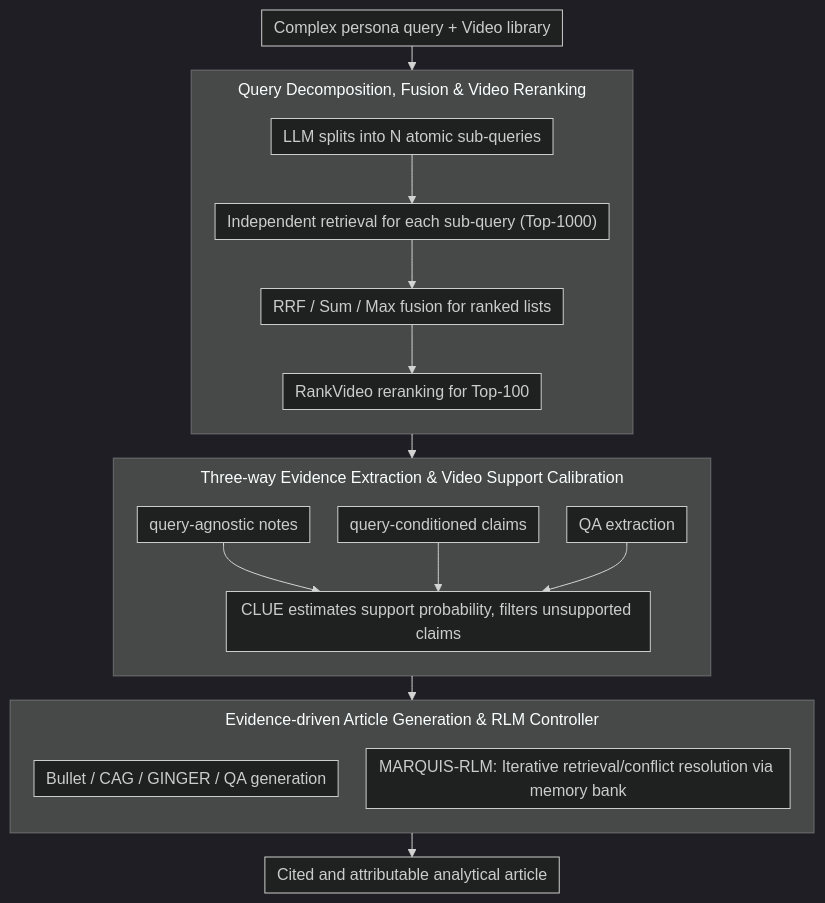
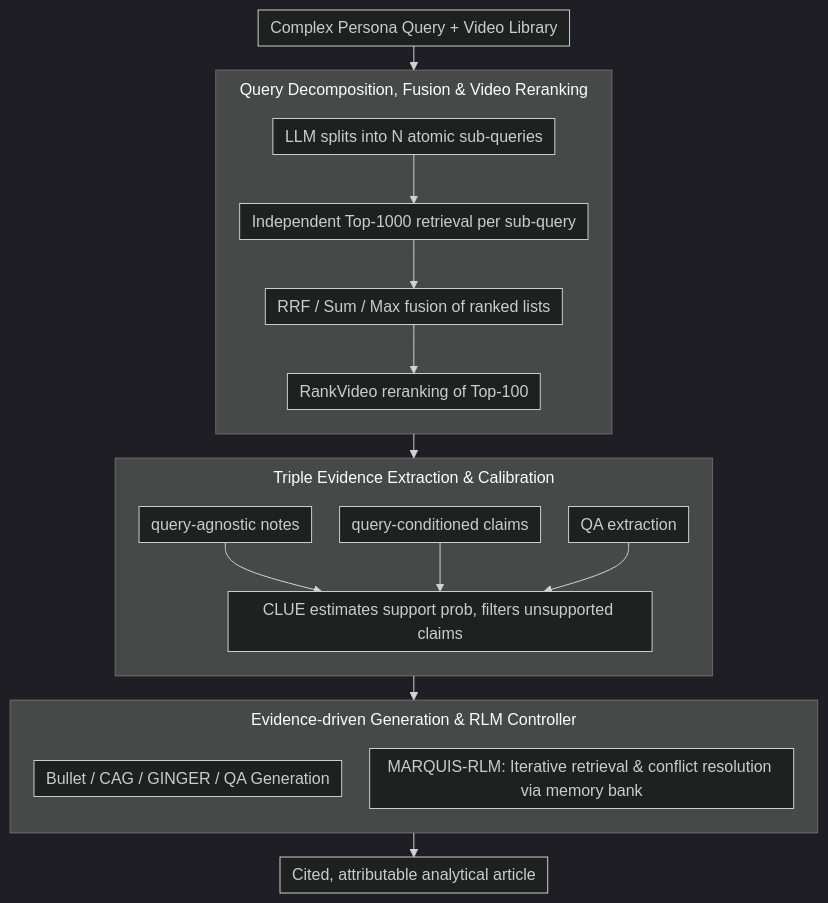
One commit to zhaoyang97/Paper-Notes-en changed the diagram in docs/ACL2026/audio_speech/marquis_a_three-stage_pipeline_for_video_retrieval-augmented_generation.md. Above: the diagram before and after it, drawn with Mermaid (dark theme). The commit also changed other lines of this file and 5084 other files, not shown here.

````diff
--- a/docs/ACL2026/audio_speech/marquis_a_three-stage_pipeline_for_video_retrieval-augmented_generation.md
+++ b/docs/ACL2026/audio_speech/marquis_a_three-stage_pipeline_for_video_retrieval-augmented_generation.md
@@ -43,29 +43,29 @@
 ```mermaid
 %%{init: {'flowchart': {'rankSpacing': 24, 'nodeSpacing': 28, 'padding': 6, 'wrappingWidth': 400, 'subGraphTitleMargin': {'top': 8, 'bottom': 16}}}}%%
 flowchart TD
-    Q["Complex persona query + Video library"]
+    Q["Complex Persona Query + Video Library"]
     subgraph S1["Query Decomposition, Fusion & Video Reranking"]
         direction TB
-        A["LLM splits into N atomic sub-queries"] --> B["Independent retrieval for each sub-query (Top-1000)"]
-        B --> C["RRF / Sum / Max fusion for ranked lists"]
-        C --> D["RankVideo reranking for Top-100"]
+        A["LLM splits into N atomic sub-queries"] --> B["Independent Top-1000 retrieval per sub-query"]
+        B --> C["RRF / Sum / Max fusion of ranked lists"]
+        C --> D["RankVideo reranking of Top-100"]
     end
-    subgraph S2["Three-way Evidence Extraction & Video Support Calibration"]
+    subgraph S2["Triple Evidence Extraction & Calibration"]
         direction TB
         E["query-agnostic notes"]
         F["query-conditioned claims"]
         G["QA extraction"]
-        E --> H["CLUE estimates support probability, filters unsupported claims"]
+        E --> H["CLUE estimates support prob, filters unsupported claims"]
         F --> H
         G --> H
     end
-    subgraph S3["Evidence-driven Article Generation & RLM Controller"]
+    subgraph S3["Evidence-driven Generation & RLM Controller"]
         direction TB
-        I["Bullet / CAG / GINGER / QA generation"]
-        J["MARQUIS-RLM: Iterative retrieval/conflict resolution via memory bank"]
+        I["Bullet / CAG / GINGER / QA Generation"]
+        J["MARQUIS-RLM: Iterative retrieval & conflict resolution via memory bank"]
     end
     Q --> S1
     S1 --> S2
     S2 --> S3
-    S3 --> O["Cited and attributable analytical article"]
+    S3 --> O["Cited, attributable analytical article"]
 ```
````
